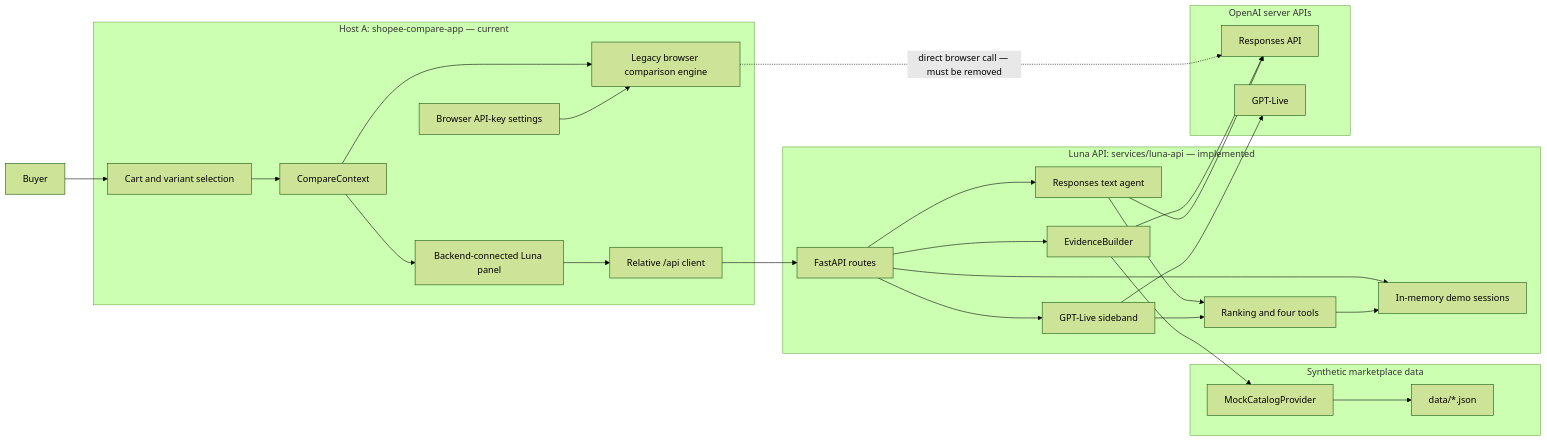
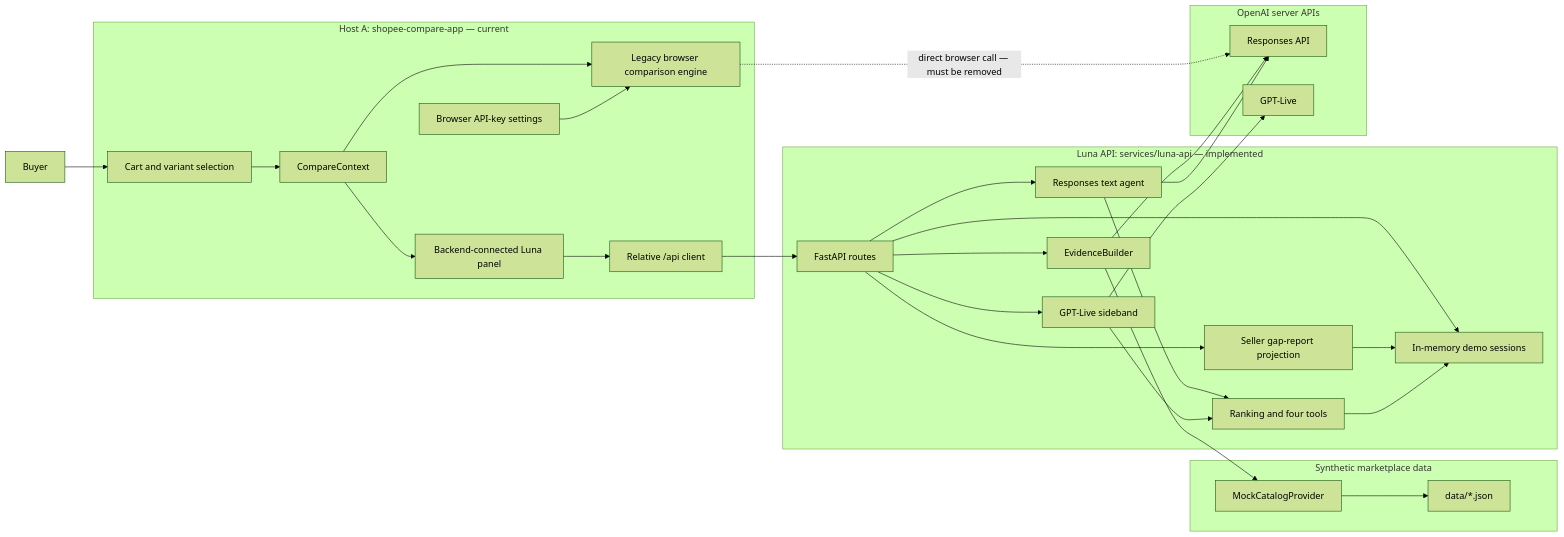
One commit to jaxwong/decodex changed the first of 8 diagrams in docs/architecture.md. Above: the diagram before and after it, drawn with Mermaid (forest theme). The commit also changed other lines of this file and 7 other files, not shown here.

Commit message:
docs: record seller report backend status

````diff
--- a/docs/architecture.md
+++ b/docs/architecture.md
@@ -28,50 +29,52 @@
 ```mermaid
 flowchart LR
     Buyer[Buyer]
 
     subgraph HostA["Host A: shopee-compare-app — current"]
         Cart[Cart and variant selection]
         CompareContext[CompareContext]
         LegacyEngine[Legacy browser comparison engine]
         LocalWidget[Backend-connected Luna panel]
         LunaClient[Relative /api client]
         BrowserSettings[Browser API-key settings]
     end
 
     subgraph LunaAPI["Luna API: services/luna-api — implemented"]
         Routes[FastAPI routes]
         SessionStore[In-memory demo sessions]
         EvidenceBuilder[EvidenceBuilder]
         Decision[Ranking and four tools]
+        GapReport[Seller gap-report projection]
         TextAgent[Responses text agent]
         LiveAgent[GPT-Live sideband]
     end
 
     subgraph Data["Synthetic marketplace data"]
         MockProvider[MockCatalogProvider]
         Fixtures[data/*.json]
     end
 
     subgraph OpenAI["OpenAI server APIs"]
         Responses[Responses API]
         Live[GPT-Live]
     end
 
     Buyer --> Cart --> CompareContext --> LegacyEngine
     CompareContext --> LocalWidget --> LunaClient
     BrowserSettings --> LegacyEngine
     LegacyEngine -. "direct browser call — must be removed" .-> Responses
 
     LunaClient --> Routes
 
     Routes --> SessionStore
     Routes --> EvidenceBuilder
     Routes --> TextAgent
     Routes --> LiveAgent
+    Routes --> GapReport --> SessionStore
     EvidenceBuilder --> MockProvider --> Fixtures
     EvidenceBuilder --> Responses
     TextAgent --> Responses
     TextAgent --> Decision --> SessionStore
     LiveAgent --> Live
     LiveAgent --> Decision
 ```
````
